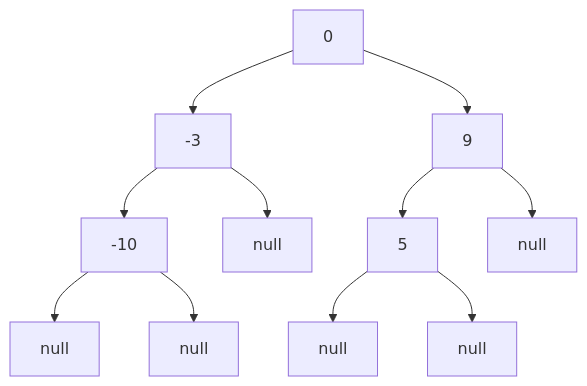
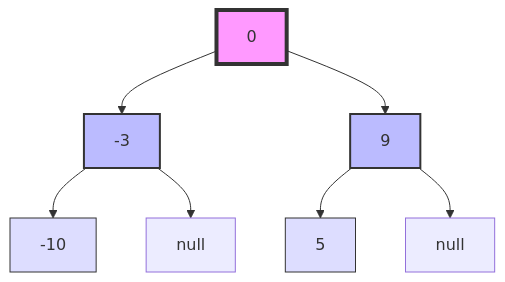
One commit to Keithagy/dsa-system-design changed the diagram in py/108_Convert_Sorted_Array_to_Binary_Search_Tree/explanation.md. Above: the diagram before and after it, drawn with Mermaid. The commit also changed other lines of this file and 2 other files, not shown here.

````diff
--- a/py/108_Convert_Sorted_Array_to_Binary_Search_Tree/explanation.md
+++ b/py/108_Convert_Sorted_Array_to_Binary_Search_Tree/explanation.md
@@ -137,14 +126,15 @@
 ```mermaid
 graph TD
     A[0] --> B[-3]
     A --> C[9]
     B --> D[-10]
     B --> E[null]
     C --> F[5]
     C --> G[null]
-    D --> H[null]
-    D --> I[null]
-    F --> J[null]
-    F --> K[null]
+    style A fill:#f9f,stroke:#333,stroke-width:4px
+    style B fill:#bbf,stroke:#333,stroke-width:2px
+    style C fill:#bbf,stroke:#333,stroke-width:2px
+    style D fill:#ddf,stroke:#333,stroke-width:1px
+    style F fill:#ddf,stroke:#333,stroke-width:1px
 
 ```
````
